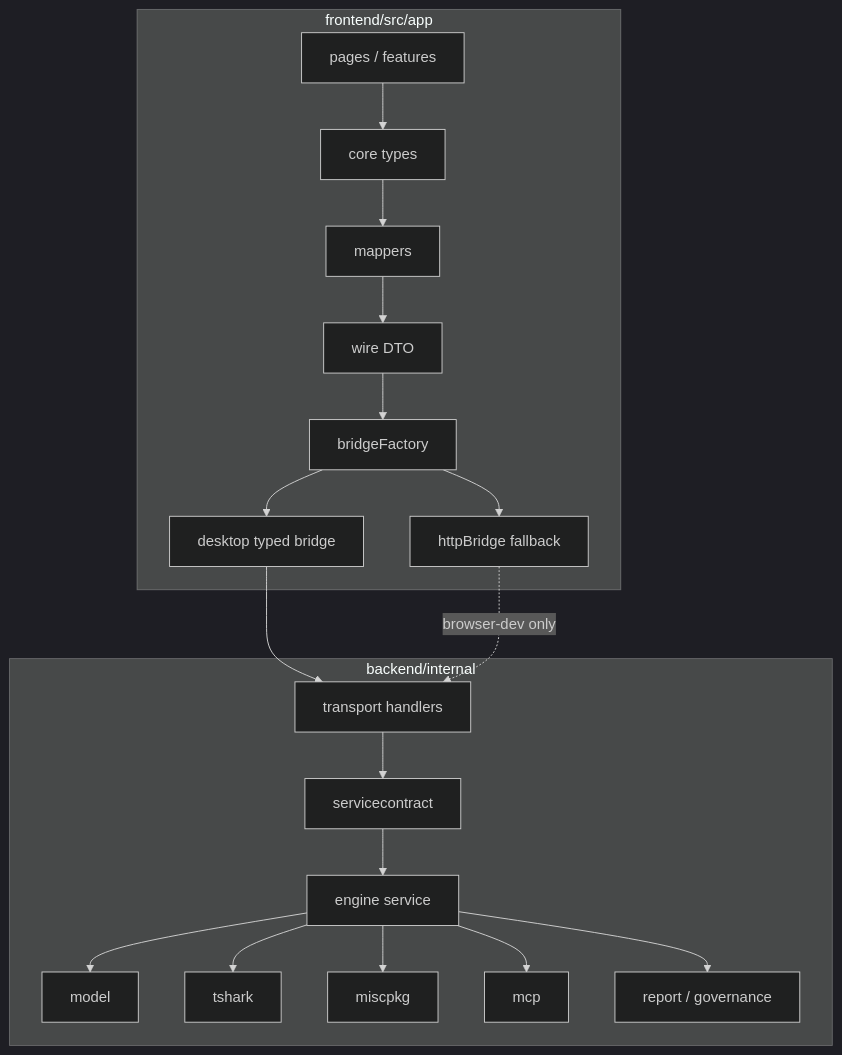
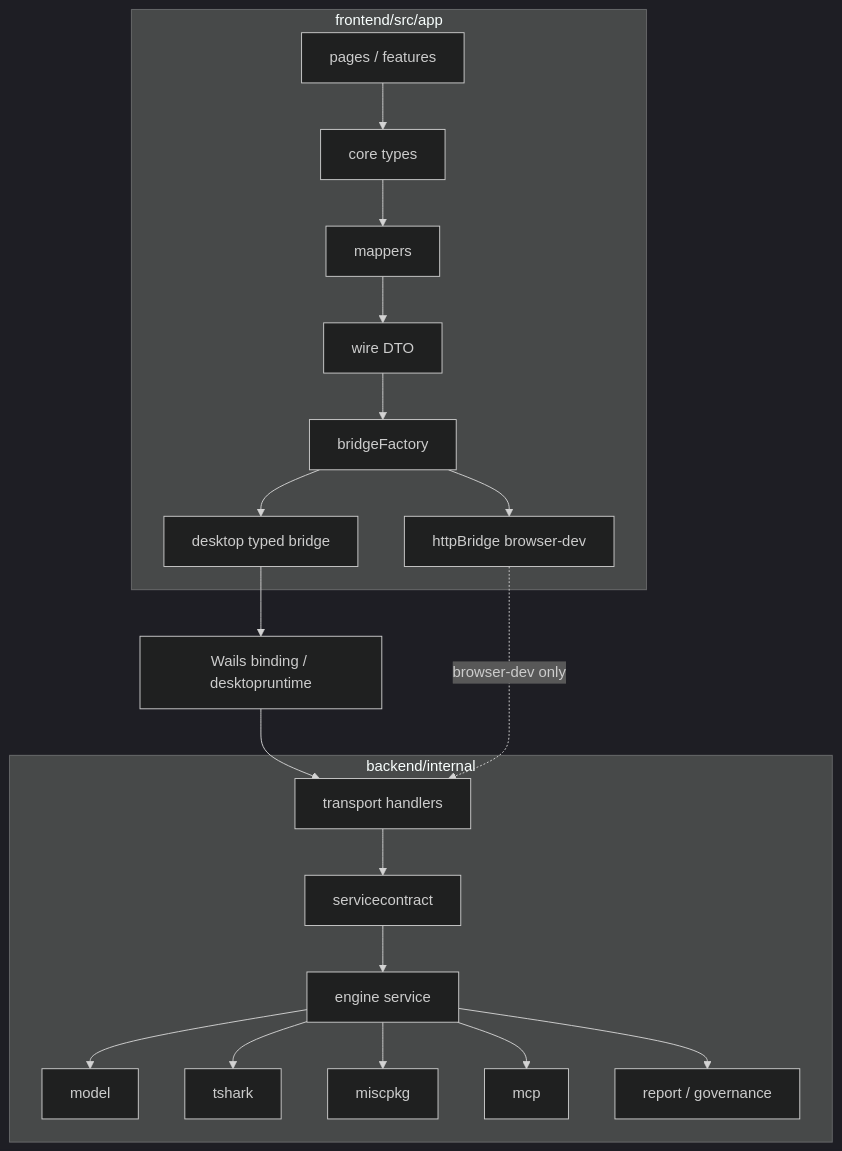
Before and after one commit to lQ-A-Ql/Gshark: the second of 5 diagrams in README.md, drawn with Mermaid (dark theme). The commit also changed other lines of this file and 2 other files, not shown here.

Commit message:
Document in-process desktop runtime closure

````diff
--- a/README.md
+++ b/README.md
@@ -58,24 +59,25 @@
 ```mermaid
 flowchart TB
     subgraph Frontend["frontend/src/app"]
         Pages["pages / features"] --> CoreTypes["core types"]
         CoreTypes --> Mappers["mappers"]
         Mappers --> WireDTO["wire DTO"]
         WireDTO --> BridgeFactory["bridgeFactory"]
         BridgeFactory --> DesktopBridge["desktop typed bridge"]
-        BridgeFactory --> HttpBridge["httpBridge fallback"]
+        BridgeFactory --> HttpBridge["httpBridge browser-dev"]
     end
 
     subgraph Backend["backend/internal"]
         Transport["transport handlers"] --> Contract["servicecontract"]
         Contract --> Engine["engine service"]
         Engine --> Model["model"]
         Engine --> TsharkPkg["tshark"]
         Engine --> MiscPkg["miscpkg"]
         Engine --> MCP["mcp"]
         Engine --> Report["report / governance"]
     end
 
-    DesktopBridge --> Transport
+    DesktopBridge --> Runtime["Wails binding / desktopruntime"]
+    Runtime --> Transport
     HttpBridge -. "browser-dev only" .-> Transport
 ```
````
